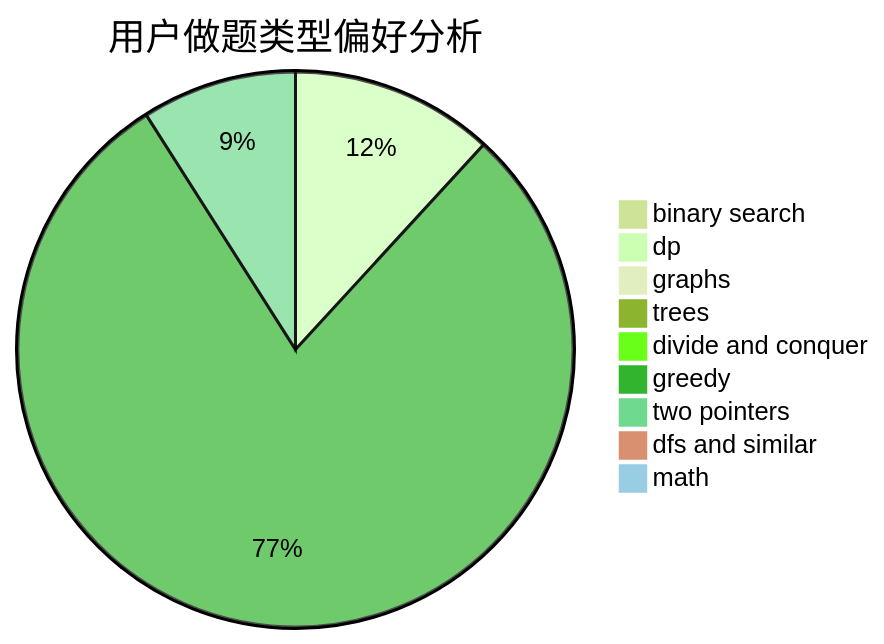
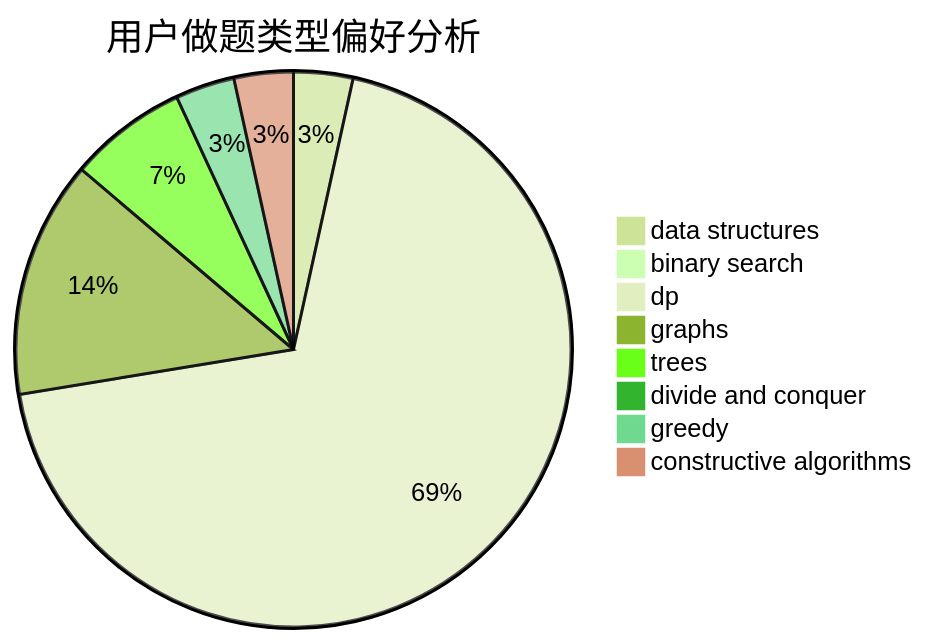
The second of 3 diagrams in docs/user/u2665.md (sherpahu/cfrs.github.io), drawn with Mermaid (forest theme) before and after one commit. The commit also changed other lines of this file and 2775 other files, not shown here.

````diff
--- a/docs/user/u2665.md
+++ b/docs/user/u2665.md
@@ -23,12 +23,11 @@
 ```mermaid
 pie title 用户做题类型偏好分析
+    "data structures" :  1
     "binary search" :  0
-    "dp" :  59
-    "graphs" :  5
+    "dp" :  20
+    "graphs" :  4
     "trees" :  2
     "divide and conquer" :  0
-    "greedy" :  395
-    "two pointers" :  45
-    "dfs and similar" :  2
-    "math" :  2
+    "greedy" :  1
+    "constructive algorithms" :  1
 ```
````
